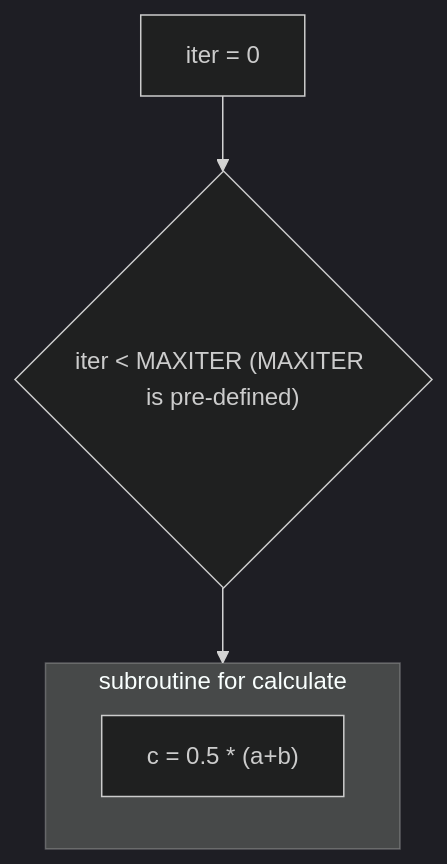
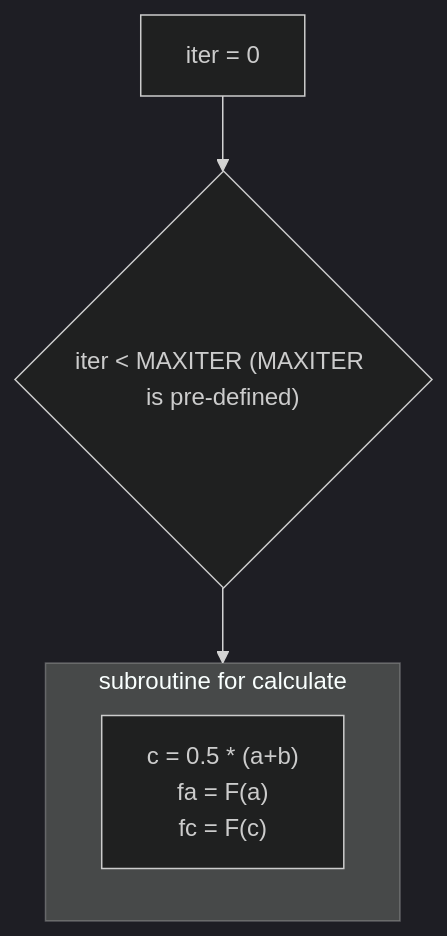
One commit to jsk0910/numerical_analysis changed the diagram in Non-linear Equations/README.md. Above: the diagram before and after it, drawn with Mermaid (dark theme).

````diff
--- a/Non-linear Equations/README.md
+++ b/Non-linear Equations/README.md
@@ -26,8 +26,8 @@
 ```mermaid
 flowchart TD;
     A["iter = 0"] --> whileif
     whileif{"iter < MAXITER (MAXITER is pre-defined)"} --> while
     subgraph while ["subroutine for calculate"]
-    whileB["c = 0.5 * (a+b)"]
+    whileB["c = 0.5 * (a+b)\n fa = F(a)\n fc = F(c)"]
     end
 ```
````
